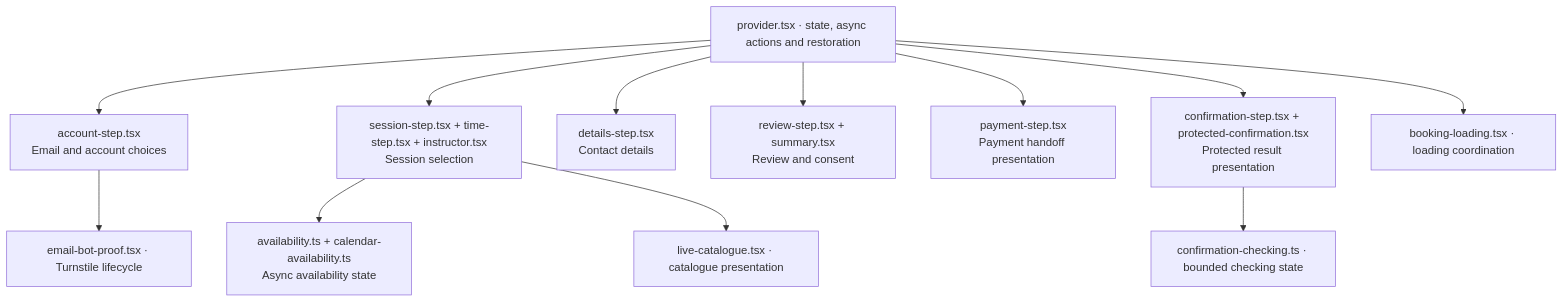
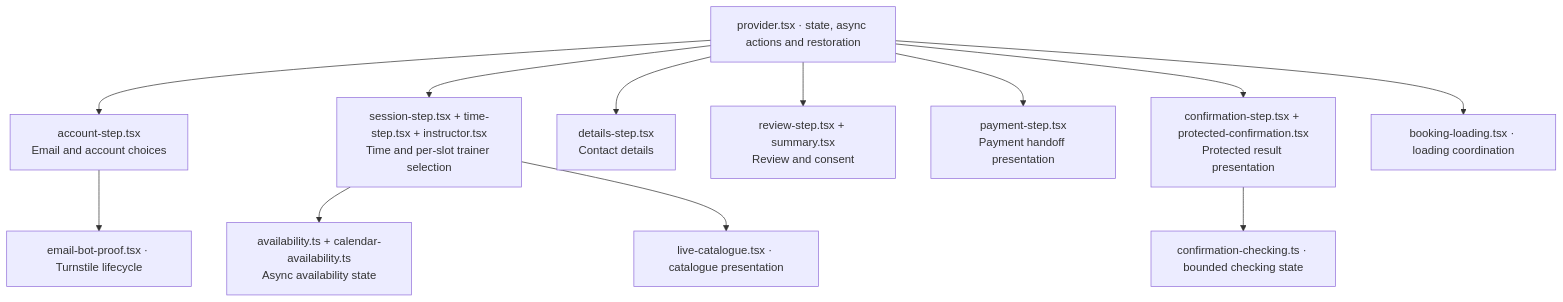
Before and after one commit to soccerbotstudiosg/soccerbotstudioSG: the third of 15 diagrams in docs/code-owners/index.md, drawn with Mermaid. The commit also changed 35 other files, not shown here.

Commit message:
Allow per-slot trainer choices with grouped session cards

````diff
--- a/docs/code-owners/index.md
+++ b/docs/code-owners/index.md
@@ -47,15 +47,15 @@
 ```mermaid
 flowchart TB
   State["provider.tsx · state, async actions and restoration"]
   State --> Account["account-step.tsx<br/>Email and account choices"]
-  State --> Selection["session-step.tsx + time-step.tsx + instructor.tsx<br/>Session selection"]
+  State --> Selection["session-step.tsx + time-step.tsx + instructor.tsx<br/>Time and per-slot trainer selection"]
   State --> Details["details-step.tsx<br/>Contact details"]
   State --> Review["review-step.tsx + summary.tsx<br/>Review and consent"]
   State --> Payment["payment-step.tsx<br/>Payment handoff presentation"]
   State --> Result["confirmation-step.tsx + protected-confirmation.tsx<br/>Protected result presentation"]
   Account --> Bot["email-bot-proof.tsx · Turnstile lifecycle"]
   Selection --> Reads["availability.ts + calendar-availability.ts<br/>Async availability state"]
   Selection --> Catalogue["live-catalogue.tsx · catalogue presentation"]
   Result --> Poll["confirmation-checking.ts · bounded checking state"]
   State --> Loading["booking-loading.tsx · loading coordination"]
 ```
````
